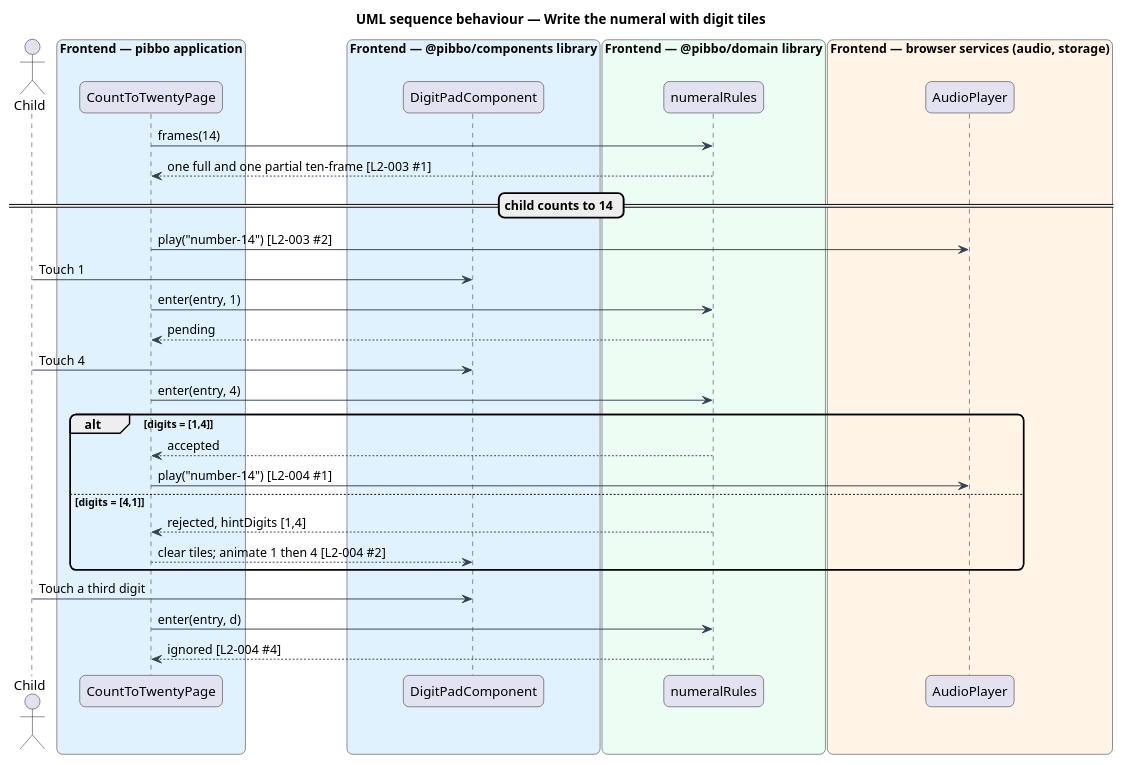
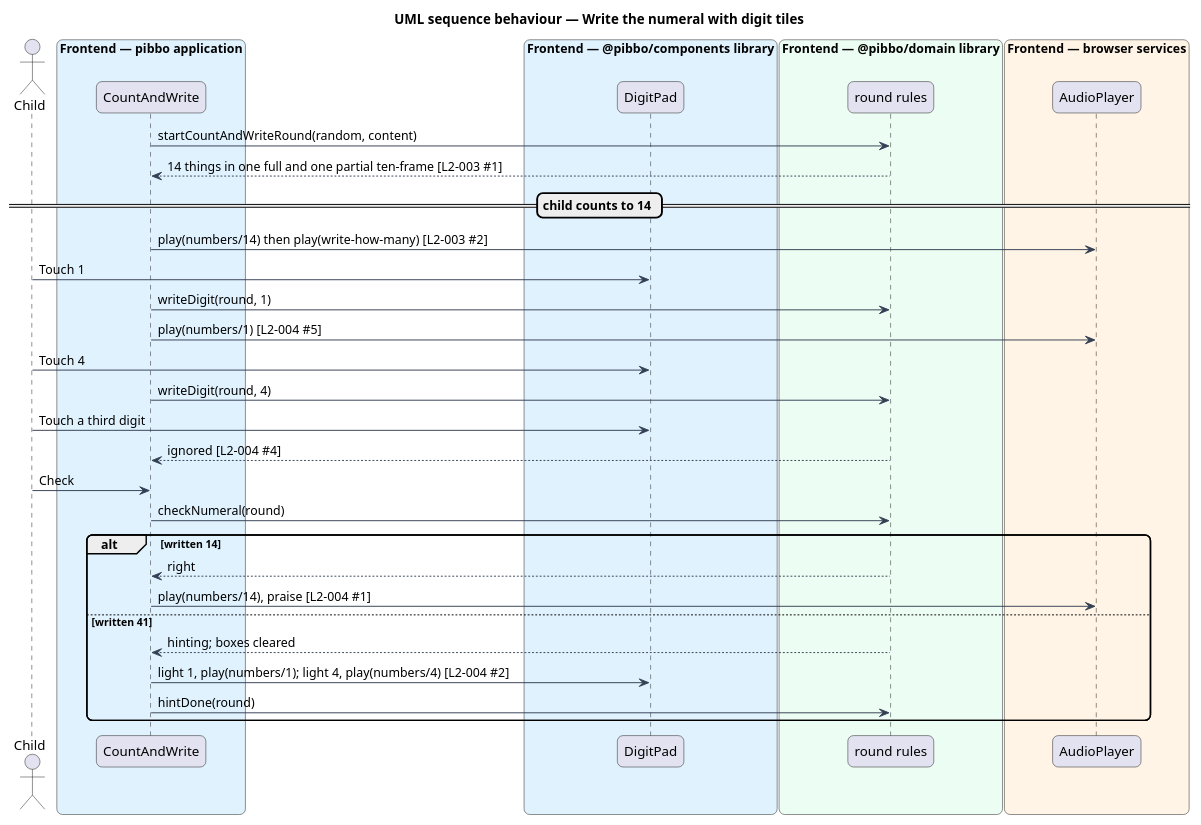
The diagram in docs/detailed-designs/count/count-to-twenty/diagrams/sequence-write-numeral.puml (QuinntyneBrown/pibbo), drawn with PlantUML before and after one commit. The commit also changed 17 other files, not shown here.

First line of the commit message:
Reconcile the Count and write mocks with L2-003, L2-004 and AGENTS.md

```diff
--- a/docs/detailed-designs/count/count-to-twenty/diagrams/sequence-write-numeral.puml
+++ b/docs/detailed-designs/count/count-to-twenty/diagrams/sequence-write-numeral.puml
@@ -1,40 +1,42 @@
 @startuml
 title UML sequence behaviour — Write the numeral with digit tiles
 skinparam backgroundColor #FFFFFF
 skinparam shadowing false
 skinparam roundcorner 12
 skinparam defaultFontName Arial
 skinparam ArrowColor #344054
 actor "Child" as actor
 box "Frontend — pibbo application" #E0F2FE
-  participant "CountToTwentyPage" as page
+  participant "CountAndWrite" as page
 end box
 box "Frontend — @pibbo/components library" #E0F2FE
-  participant "DigitPadComponent" as pad
+  participant "DigitPad" as pad
 end box
 box "Frontend — @pibbo/domain library" #ECFDF3
-  participant "numeralRules" as rules
+  participant "round rules" as rules
 end box
-box "Frontend — browser services (audio, storage)" #FFF4E5
+box "Frontend — browser services" #FFF4E5
   participant "AudioPlayer" as audio
 end box
-page -> rules : frames(14)
-rules --> page : one full and one partial ten-frame [L2-003 #1]
+page -> rules : startCountAndWriteRound(random, content)
+rules --> page : 14 things in one full and one partial ten-frame [L2-003 #1]
 == child counts to 14 ==
-page -> audio : play("number-14") [L2-003 #2]
+page -> audio : play(numbers/14) then play(write-how-many) [L2-003 #2]
 actor -> pad : Touch 1
-page -> rules : enter(entry, 1)
-rules --> page : pending
+page -> rules : writeDigit(round, 1)
+page -> audio : play(numbers/1) [L2-004 #5]
 actor -> pad : Touch 4
-page -> rules : enter(entry, 4)
-alt digits = [1,4]
-  rules --> page : accepted
-  page -> audio : play("number-14") [L2-004 #1]
-else digits = [4,1]
-  rules --> page : rejected, hintDigits [1,4]
-  page --> pad : clear tiles; animate 1 then 4 [L2-004 #2]
+page -> rules : writeDigit(round, 4)
+actor -> pad : Touch a third digit
+rules --> page : ignored [L2-004 #4]
+actor -> page : Check
+page -> rules : checkNumeral(round)
+alt written 14
+  rules --> page : right
+  page -> audio : play(numbers/14), praise [L2-004 #1]
+else written 41
+  rules --> page : hinting; boxes cleared
+  page -> pad : light 1, play(numbers/1); light 4, play(numbers/4) [L2-004 #2]
+  page -> rules : hintDone(round)
 end
-actor -> pad : Touch a third digit
-page -> rules : enter(entry, d)
-rules --> page : ignored [L2-004 #4]
 @enduml
```
